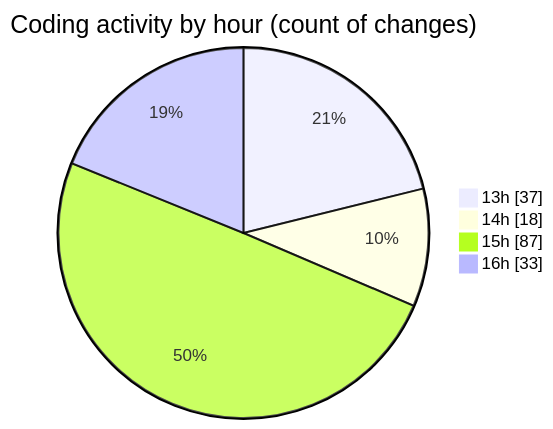
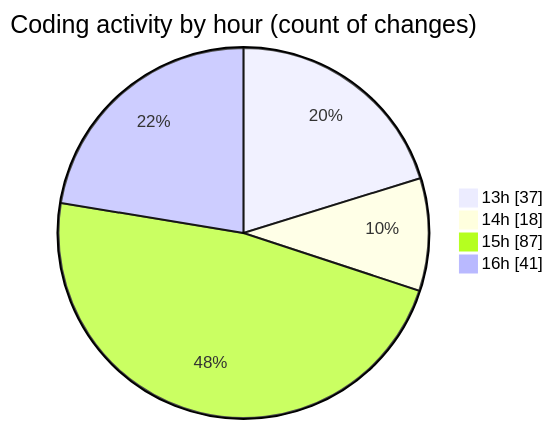
Before and after one commit to Unknowalive/code-tracking: the second of 2 diagrams in 2026-04-11/scripting_workshop/README.md, drawn with Mermaid. The commit also changed other lines of this file and 1 other file, not shown here.

````diff
--- a/2026-04-11/scripting_workshop/README.md
+++ b/2026-04-11/scripting_workshop/README.md
@@ -65,8 +65,8 @@
 ```mermaid
 pie showData
 title Coding activity by hour (count of changes)
 "13h" : 37
 "14h" : 18
 "15h" : 87
-"16h" : 33
+"16h" : 41
 ```
````
